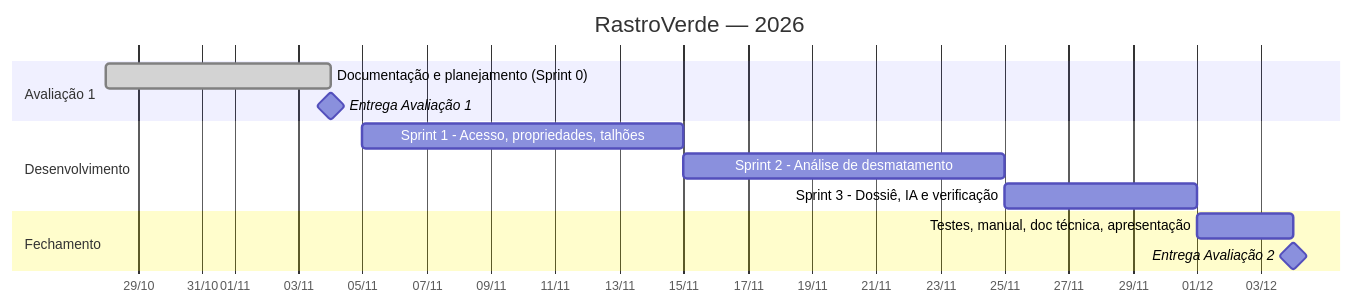
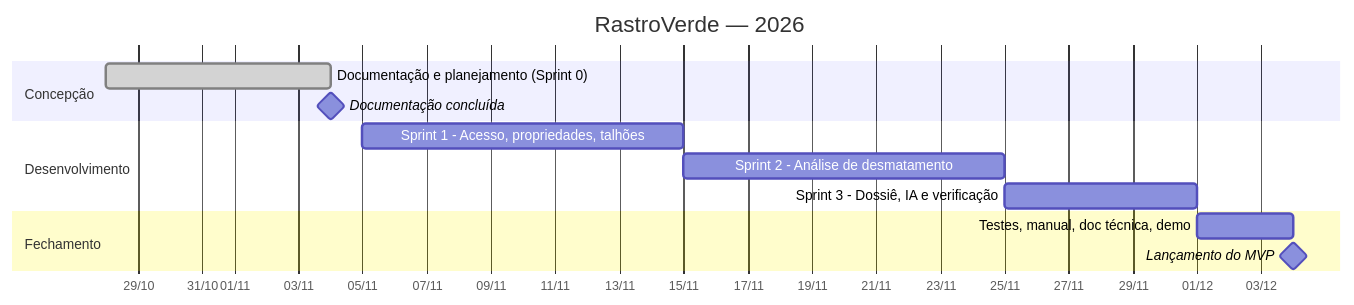
One commit to luizacoelh/RastroVerde changed the diagram in docs/06-plano-projeto.md. Above: the diagram before and after it, drawn with Mermaid. The commit also changed other lines of this file and 3 other files, not shown here.

````diff
--- a/docs/06-plano-projeto.md
+++ b/docs/06-plano-projeto.md
@@ -27,16 +26,16 @@
 ```mermaid
 gantt
   title RastroVerde — 2026
   dateFormat YYYY-MM-DD
   axisFormat %d/%m
-  section Avaliação 1
+  section Concepção
   Documentação e planejamento (Sprint 0)  :done, s0, 2026-10-28, 2026-11-04
-  Entrega Avaliação 1                      :milestone, m1, 2026-11-04, 0d
+  Documentação concluída                   :milestone, m1, 2026-11-04, 0d
   section Desenvolvimento
   Sprint 1 - Acesso, propriedades, talhões :s1, 2026-11-05, 10d
   Sprint 2 - Análise de desmatamento       :s2, 2026-11-15, 10d
   Sprint 3 - Dossiê, IA e verificação      :s3, 2026-11-25, 6d
   section Fechamento
-  Testes, manual, doc técnica, apresentação :f, 2026-12-01, 3d
-  Entrega Avaliação 2                       :milestone, m2, 2026-12-04, 0d
+  Testes, manual, doc técnica, demo        :f, 2026-12-01, 3d
+  Lançamento do MVP                         :milestone, m2, 2026-12-04, 0d
 ```
````
